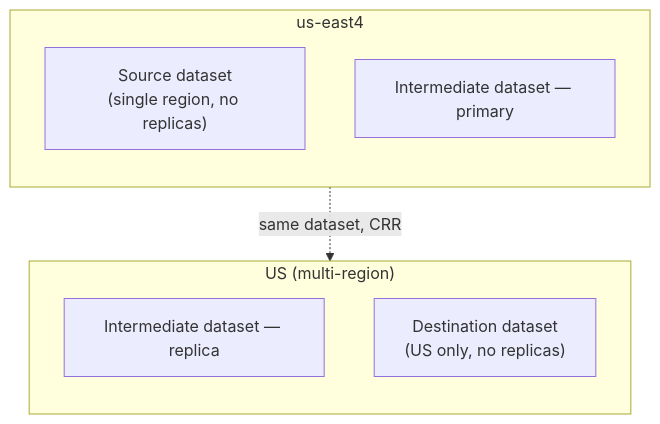
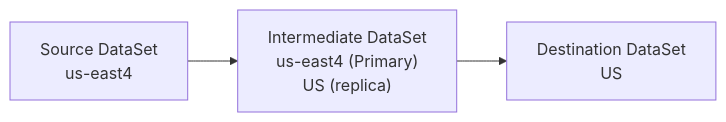
The first of 2 diagrams in docs/CROSS_REGION_TEST_REPORT.md (nikolaybotev/bq-cross-region-test), drawn with Mermaid before and after one commit. The commit also changed other lines of this file and 1 other file, not shown here.

Commit message:
Report: three-box CTAS overview diagram matching hand sketch
Made-with: Cursor

````diff
--- a/docs/CROSS_REGION_TEST_REPORT.md
+++ b/docs/CROSS_REGION_TEST_REPORT.md
@@ -38,14 +38,8 @@
 ```mermaid
-flowchart TB
-  subgraph e4["us-east4"]
-    direction TB
-    SRC["Source dataset\n(single region, no replicas)"]
-    INT_P["Intermediate dataset — primary"]
-  end
-  subgraph us["US (multi-region)"]
-    direction TB
-    INT_R["Intermediate dataset — replica"]
-    DST["Destination dataset\n(US only, no replicas)"]
-  end
-  INT_P -. "same dataset, CRR" .-> INT_R
+flowchart LR
+  SRC["Source DataSet<br/>us-east4"]
+  INT["Intermediate DataSet<br/>us-east4 (Primary)<br/>US (replica)"]
+  DST["Destination DataSet<br/>US"]
+  SRC --> INT
+  INT --> DST
 ```
````
